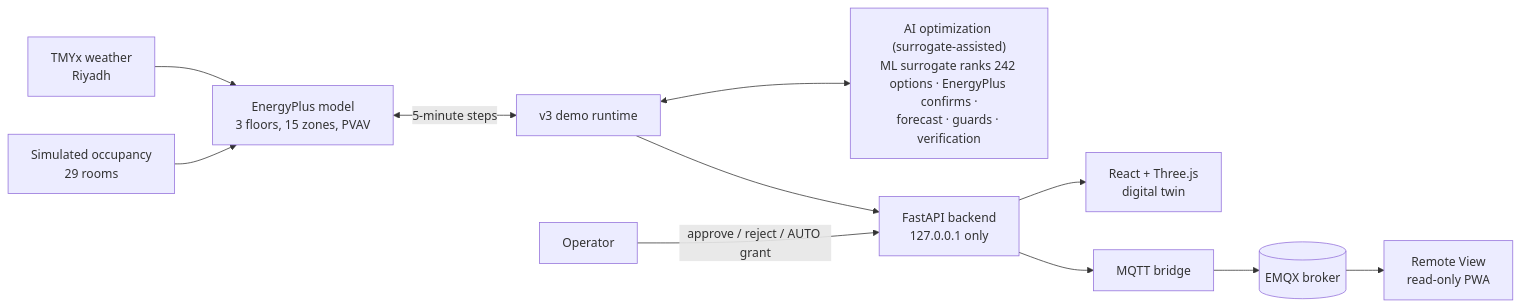
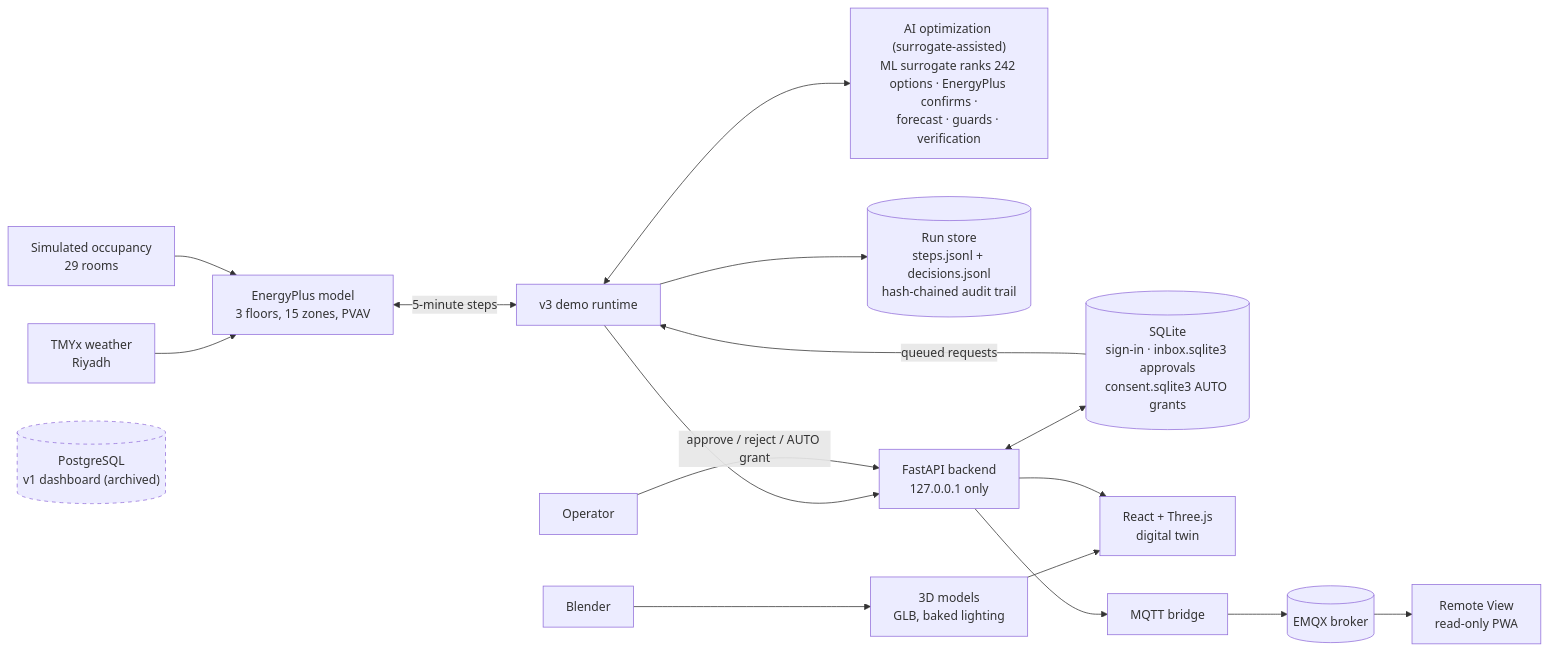
The diagram in README.md (Ahmed-Houari/EnerTwin-showcase), drawn with Mermaid before and after one commit. The commit also changed other lines of this file and 1 other file, not shown here.

Commit message:
README: SQLite, run store, Blender pipeline and archived v1 PostgreSQL in the architecture

````diff
--- a/README.md
+++ b/README.md
@@ -20,11 +20,17 @@
 ```mermaid
 flowchart LR
   EPW[TMYx weather<br/>Riyadh] --> EP
   OCC[Simulated occupancy<br/>29 rooms] --> EP
   EP[EnergyPlus model<br/>3 floors, 15 zones, PVAV] <-->|5-minute steps| RT[v3 demo runtime]
   RT <--> AI["AI optimization (surrogate-assisted)<br/>ML surrogate ranks 242 options · EnergyPlus confirms ·<br/>forecast · guards · verification"]
+  RT --> RS[("Run store<br/>steps.jsonl + decisions.jsonl<br/>hash-chained audit trail")]
   RT --> API[FastAPI backend<br/>127.0.0.1 only]
   OP[Operator] -->|approve / reject / AUTO grant| API
+  API <--> SQ[("SQLite<br/>sign-in · inbox.sqlite3 approvals<br/>consent.sqlite3 AUTO grants")]
+  SQ -->|queued requests| RT
+  BL[Blender] --> GLB[3D models<br/>GLB, baked lighting] --> UI
   API --> UI[React + Three.js<br/>digital twin]
   API --> BR[MQTT bridge] --> MQ[(EMQX broker)] --> RV[Remote View<br/>read-only PWA]
+  PG[("PostgreSQL<br/>v1 dashboard (archived)")]
+  style PG stroke-dasharray: 5 5
 ```
````
